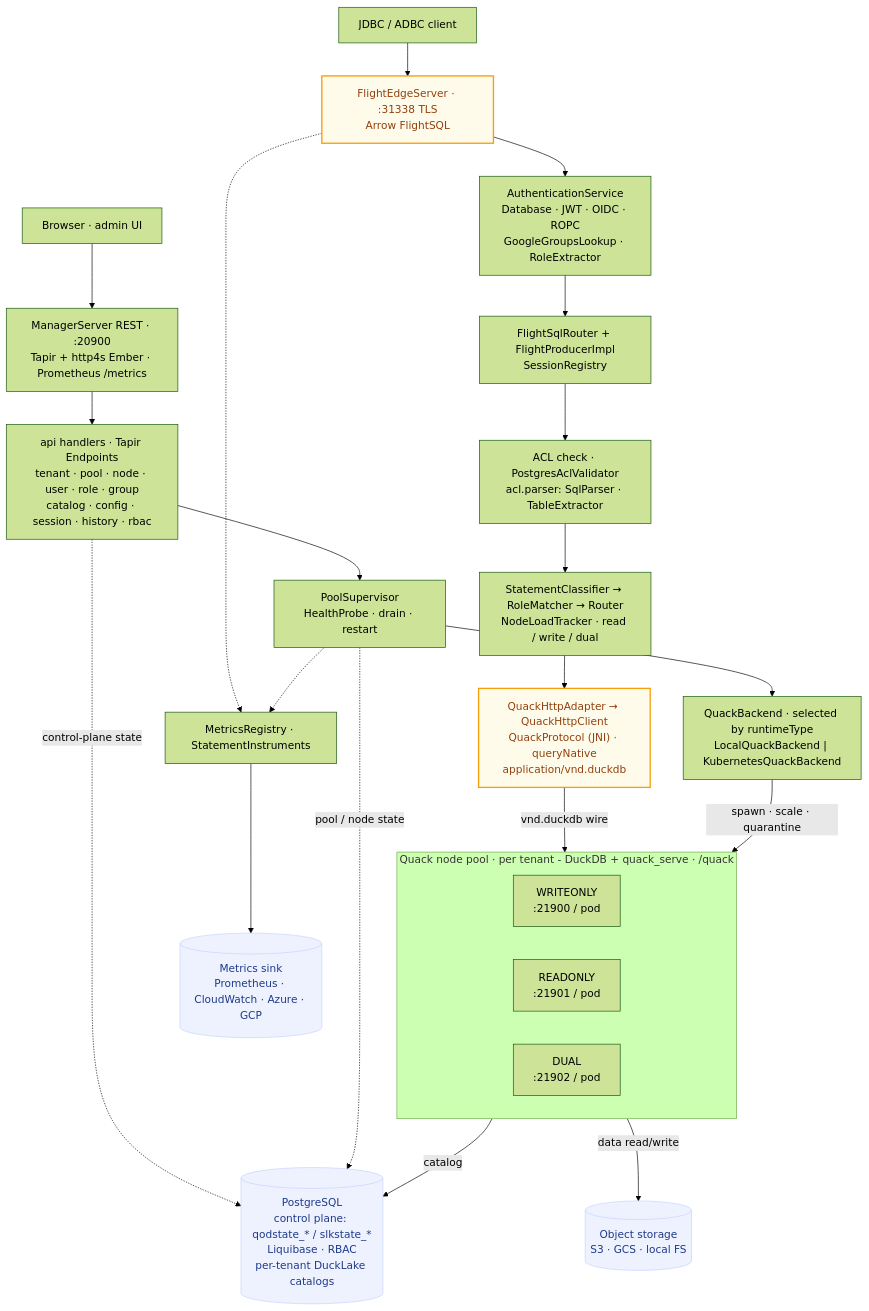
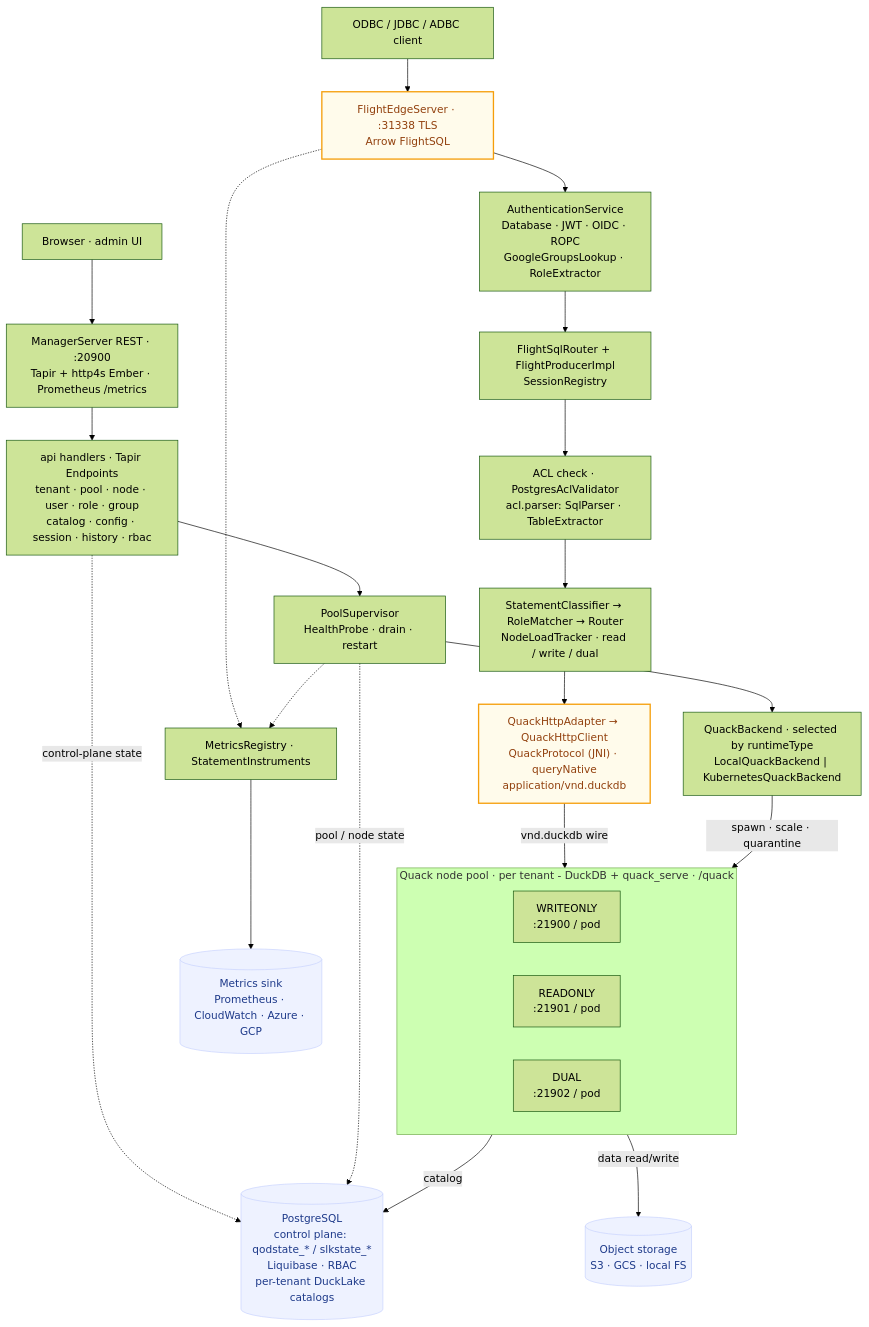
The second of 2 diagrams in README.md (starlake-ai/quack-on-demand), drawn with Mermaid (forest theme) before and after one commit. The commit also changed 2 other files, not shown here.

Commit message:
load tests scripts update

````diff
--- a/README.md
+++ b/README.md
@@ -206,60 +206,60 @@
 ```mermaid
 flowchart TD
-    C1["JDBC / ADBC client"]
+    C1["ODBC / JDBC / ADBC client"]
     C2["Browser · admin UI"]
 
     EDGE["FlightEdgeServer · :31338 TLS<br/>Arrow FlightSQL"]
     REST["ManagerServer REST · :20900<br/>Tapir + http4s Ember · Prometheus /metrics"]
 
     C1 --> EDGE
     C2 --> REST
 
     %% --- edge data-plane pipeline (native only) ---
     AUTH["AuthenticationService<br/>Database · JWT · OIDC · ROPC<br/>GoogleGroupsLookup · RoleExtractor"]
     FSR["FlightSqlRouter + FlightProducerImpl<br/>SessionRegistry"]
     ACL["ACL check · PostgresAclValidator<br/>acl.parser: SqlParser · TableExtractor"]
     ROUTE["StatementClassifier → RoleMatcher → Router<br/>NodeLoadTracker · read / write / dual"]
     WIRE["QuackHttpAdapter → QuackHttpClient<br/>QuackProtocol (JNI) · queryNative<br/>application/vnd.duckdb"]
 
     EDGE --> AUTH --> FSR --> ACL --> ROUTE --> WIRE
 
     %% --- manager control plane ---
     API["api handlers · Tapir Endpoints<br/>tenant · pool · node · user · role · group<br/>catalog · config · session · history · rbac"]
     SUP["PoolSupervisor<br/>HealthProbe · drain · restart"]
     BK["QuackBackend · selected by runtimeType<br/>LocalQuackBackend | KubernetesQuackBackend"]
 
     REST --> API --> SUP --> BK
 
     %% --- node pool ---
     subgraph POOL["Quack node pool · per tenant - DuckDB + quack_serve · /quack"]
         direction LR
         WO["WRITEONLY<br/>:21900 / pod"]
         RO["READONLY<br/>:21901 / pod"]
         DU["DUAL<br/>:21902 / pod"]
     end
 
     WIRE -->|"vnd.duckdb wire"| POOL
     BK -->|"spawn · scale · quarantine"| POOL
 
     %% --- persistence ---
     PG[("PostgreSQL<br/>control plane: qodstate_* / slkstate_*<br/>Liquibase · RBAC<br/>per-tenant DuckLake catalogs")]
     OBJ[("Object storage<br/>S3 · GCS · local FS")]
 
     API -.->|control-plane state| PG
     SUP -.->|pool / node state| PG
     POOL -->|catalog| PG
     POOL -->|data read/write| OBJ
 
     %% --- observability ---
     MET["MetricsRegistry · StatementInstruments"]
     SINK[("Metrics sink<br/>Prometheus · CloudWatch · Azure · GCP")]
     EDGE -.-> MET
     SUP -.-> MET
     MET --> SINK
 
     classDef core fill:#fffbeb,stroke:#f59e0b,stroke-width:2px,color:#92400e;
     classDef store fill:#eef2ff,stroke:#c7d2fe,color:#1e3a8a;
     class EDGE,WIRE core;
     class PG,OBJ,SINK store;
     
 ```
````
